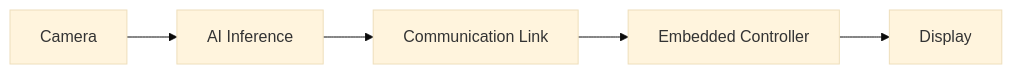
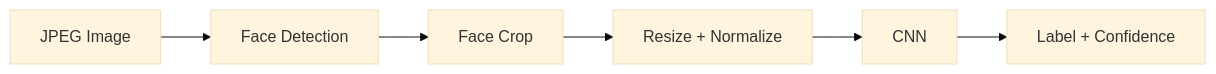
One commit to bk201-dev/EdgeVision-Embedded-AI-Smart-Display changed the third of 5 diagrams in hardware/system_architecture.md. Above: the diagram before and after it, drawn with Mermaid (base theme). The commit also changed other lines of this file, not shown here.

````diff
--- a/hardware/system_architecture.md
+++ b/hardware/system_architecture.md
@@ -5,7 +74,12 @@
 ```mermaid
 flowchart LR
-    CAM["Camera"] --> AI["AI Inference"]
-    AI --> LINK["Communication Link"]
-    LINK --> MCU["Embedded Controller"]
-    MCU --> DISP["Display"]
+
+    A["JPEG Image"]
+    B["Face Detection"]
+    C["Face Crop"]
+    D["Resize + Normalize"]
+    E["CNN"]
+    F["Label + Confidence"]
+
+    A --> B --> C --> D --> E --> F
 ```
````
